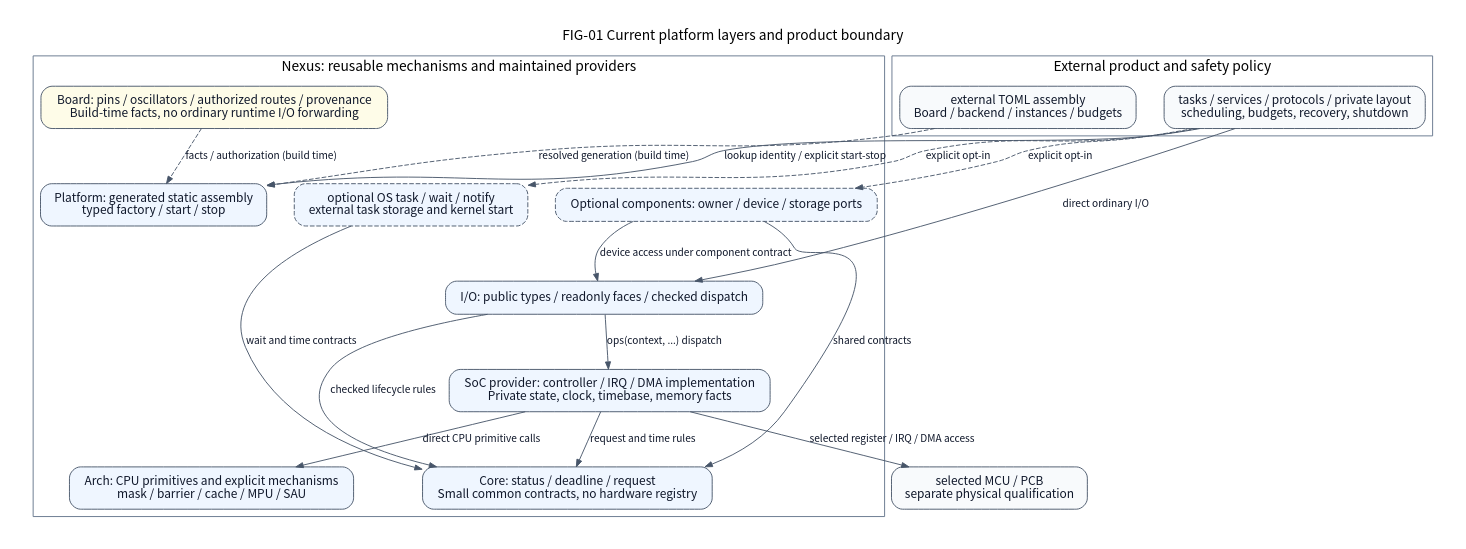
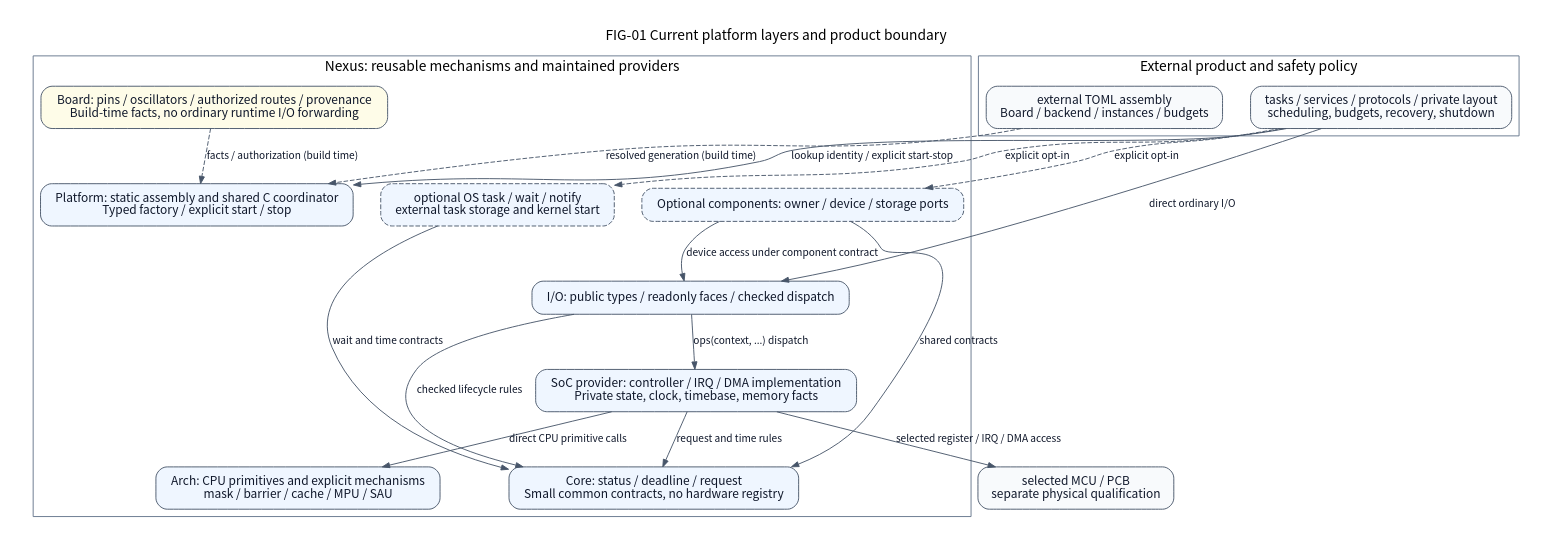
The diagram in docs/assets/diagrams/localized/en/platform-architecture.dot (X-Gen-Lab/nexus), drawn with Graphviz before and after one commit. The commit also changed 614 other files, not shown here.

```diff
--- a/docs/assets/diagrams/localized/en/platform-architecture.dot
+++ b/docs/assets/diagrams/localized/en/platform-architecture.dot
@@ -1,48 +1,48 @@
 // FIG-01 current: source-backed, scoped engineering view.
-// Code basis: 0111c8d3b9c7b37d258b9c401070305b13b6f3a1.
+// Code basis: core/private/platform_lifecycle_impl.h; tools/configure/bindings.py; io/include/nexus/io.
 // Relations and qualification limits are documented in README.md.
 digraph PlatformArchitecture {
     graph [newrank=true, rankdir=TB, bgcolor="white", pad=0.28, nodesep=0.42,
            ranksep=0.66, fontname="Noto Sans CJK SC", fontsize=15,
            labelloc=t];
     node [shape=box, style="rounded,filled", fillcolor="#eff6ff",
           color="#475569", fontcolor="#0f172a", fontname="Noto Sans CJK SC",
           fontsize=13, margin="0.18,0.12"];
     edge [color="#475569", fontcolor="#0f172a",
           fontname="Noto Sans CJK SC", fontsize=11, arrowsize=0.8];
 
     graph [label="FIG-01 Current platform layers and product boundary"];
     subgraph clusterExternal {
         label="External product and safety policy"; color="#64748b";
         product [label="tasks / services / protocols / private layout\nscheduling, budgets, recovery, shutdown", fillcolor="#f8fafc"];
         assembly [label="external TOML assembly\nBoard / backend / instances / budgets", fillcolor="#f8fafc"];
     }
     subgraph clusterNexus {
         label="Nexus: reusable mechanisms and maintained providers"; color="#64748b";
         components [label="Optional components: owner / device / storage ports", style="rounded,dashed,filled"];
         os [label="optional OS task / wait / notify\nexternal task storage and kernel start", style="rounded,dashed,filled"];
-        platform [label="Platform: generated static assembly\ntyped factory / start / stop"];
+        platform [label="Platform: static assembly and shared C coordinator\nTyped factory / explicit start / stop"];
         io [label="I/O: public types / readonly faces / checked dispatch"];
         soc [label="SoC provider: controller / IRQ / DMA implementation\nPrivate state, clock, timebase, memory facts"];
         arch [label="Arch: CPU primitives and explicit mechanisms\nmask / barrier / cache / MPU / SAU"];
         core [label="Core: status / deadline / request\nSmall common contracts, no hardware registry"];
         board [label="Board: pins / oscillators / authorized routes / provenance\nBuild-time facts, no ordinary runtime I/O forwarding", fillcolor="#fefce8"];
     }
     hardware [label="selected MCU / PCB\nseparate physical qualification", fillcolor="#f8fafc"];
     assembly -> platform [label="resolved generation (build time)", style=dashed];
     board -> platform [label="facts / authorization (build time)", style=dashed];
     product -> platform [label="lookup identity / explicit start-stop"];
     product -> io [label="direct ordinary I/O"];
     product -> components [label="explicit opt-in", style=dashed];
     product -> os [label="explicit opt-in", style=dashed];
     components -> io [label="device access under component contract"];
     components -> core [label="shared contracts"];
     os -> core [label="wait and time contracts"];
     io -> soc [label="ops(context, ...) dispatch"];
     io -> core [label="checked lifecycle rules"];
     soc -> arch [label="direct CPU primitive calls"];
     soc -> core [label="request and time rules"];
     soc -> hardware [label="selected register / IRQ / DMA access"];
     { rank=same; components; os; }
     { rank=same; arch; core; }
 }
```
